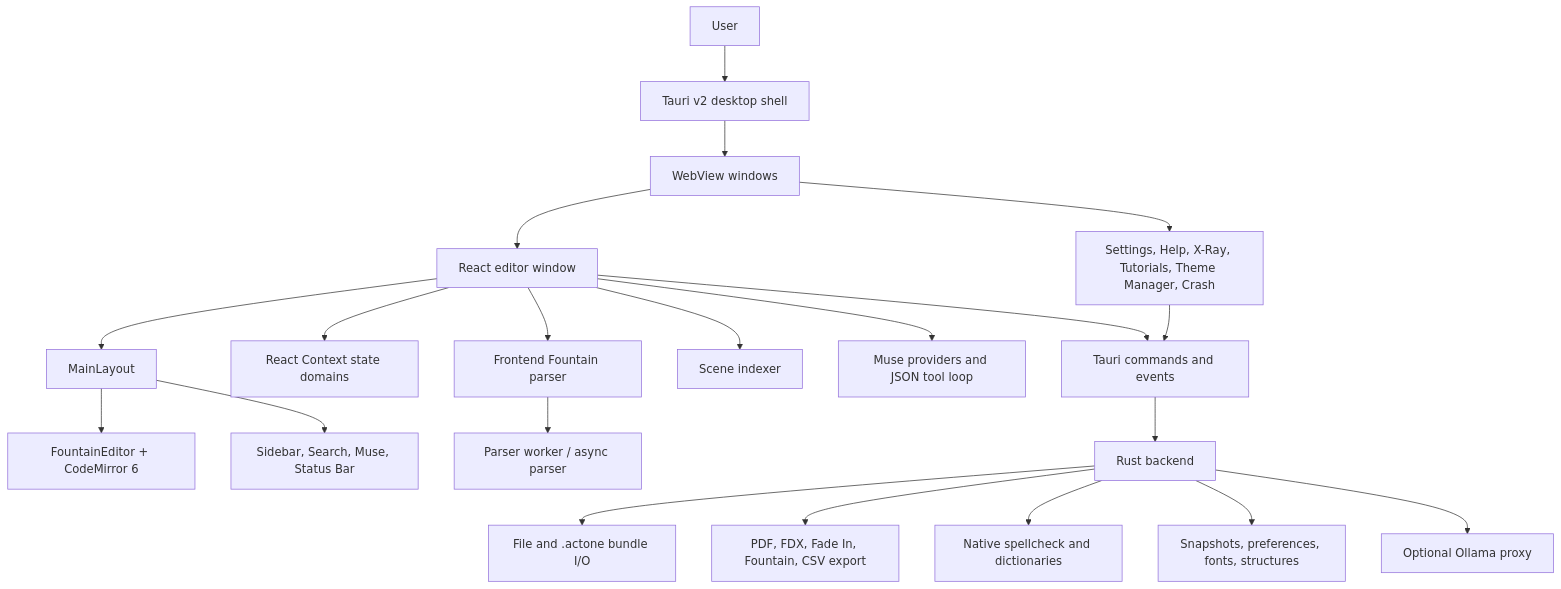
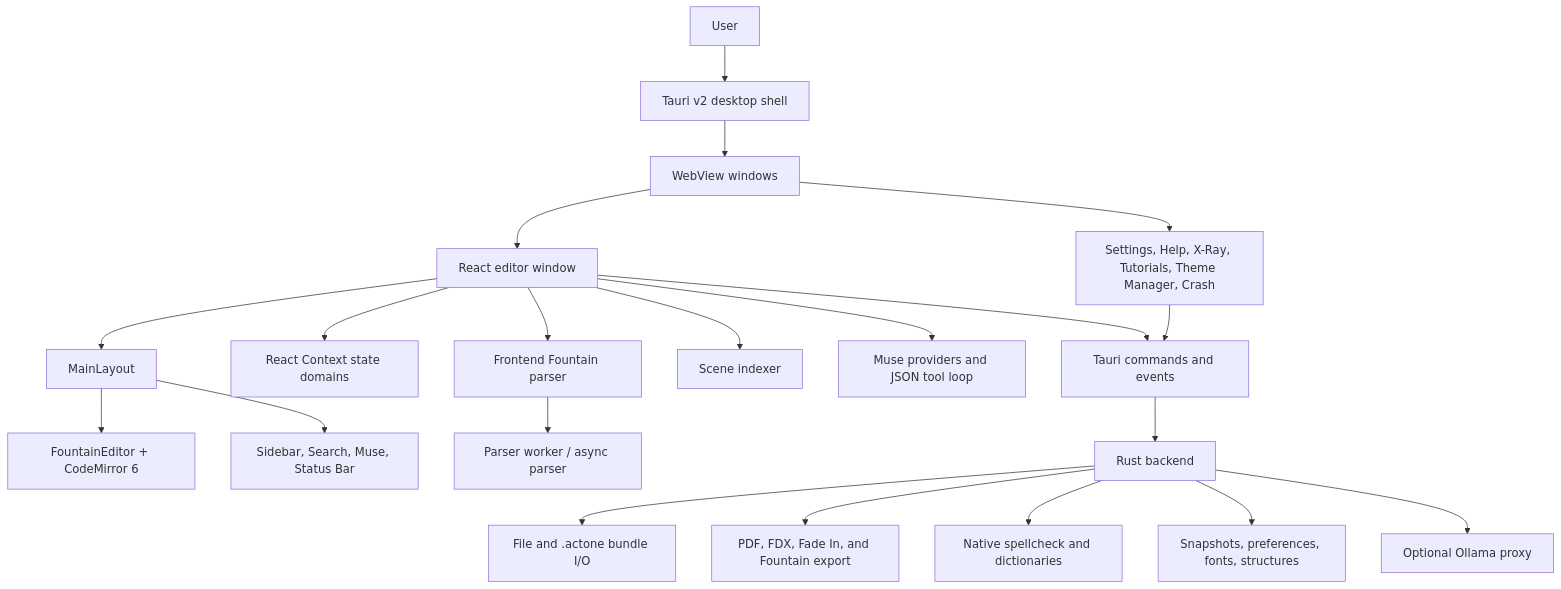
The diagram in docs/developer-guide/02-architecture.md (BeetleBot/ActOne-Screenplay), drawn with Mermaid before and after one commit. The commit also changed other lines of this file and 11 other files, not shown here.

````diff
--- a/docs/developer-guide/02-architecture.md
+++ b/docs/developer-guide/02-architecture.md
@@ -7,23 +7,23 @@
 ```mermaid
 flowchart TD
     User[User] --> Shell[Tauri v2 desktop shell]
     Shell --> Windows[WebView windows]
     Windows --> Main[React editor window]
     Windows --> Standalone[Settings, Help, X-Ray, Tutorials, Theme Manager, Crash]
     Main --> Layout[MainLayout]
     Layout --> Editor[FountainEditor + CodeMirror 6]
     Layout --> Panels[Sidebar, Search, Muse, Status Bar]
     Main --> Contexts[React Context state domains]
     Main --> Parser[Frontend Fountain parser]
     Parser --> Worker[Parser worker / async parser]
     Main --> Index[Scene indexer]
     Main --> AI[Muse providers and JSON tool loop]
     Main --> IPC[Tauri commands and events]
     Standalone --> IPC
     IPC --> Rust[Rust backend]
     Rust --> Files[File and .actone bundle I/O]
-    Rust --> Export[PDF, FDX, Fade In, Fountain, CSV export]
+    Rust --> Export[PDF, FDX, Fade In, and Fountain export]
     Rust --> Spell[Native spellcheck and dictionaries]
     Rust --> Project[Snapshots, preferences, fonts, structures]
     Rust --> Ollama[Optional Ollama proxy]
 ```
````
